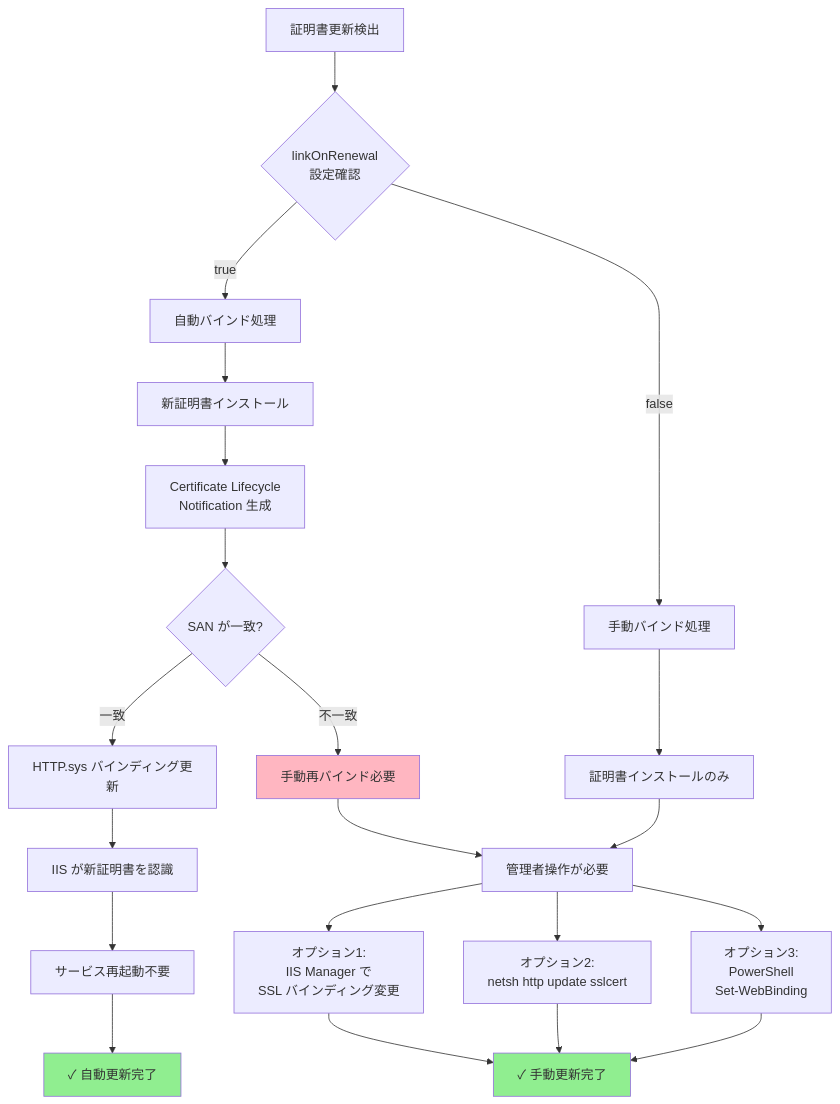
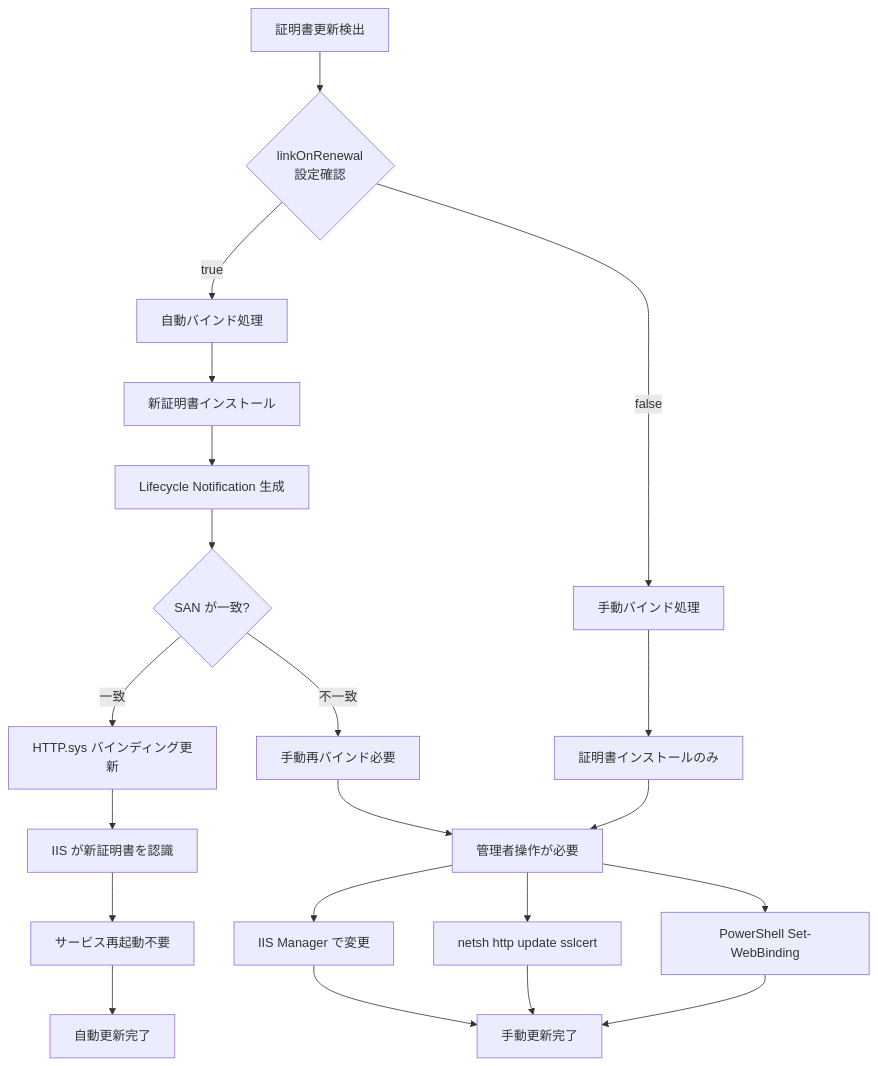
Before and after one commit to zukakosan/blog-tech: the seventh of 7 diagrams in docs/azure/akvvm-mermaid.md, drawn with Mermaid. The commit also changed other lines of this file and 2 other files, not shown here.

Commit message:
Rename mermaid agent for Zenn and update Mermaid diagrams to render correctly (use `<br/>`, quote labels)

````diff
--- a/docs/azure/akvvm-mermaid.md
+++ b/docs/azure/akvvm-mermaid.md
@@ -195,35 +185,31 @@
 ```mermaid
 flowchart TD
-    START[証明書更新検出] --> CHECK_LINK{linkOnRenewal\n設定確認}
+    START["証明書更新検出"] --> CHECK_LINK{"linkOnRenewal<br/>設定確認"}
     
-    CHECK_LINK -->|true| AUTO_PATH[自動バインド処理]
-    CHECK_LINK -->|false| MANUAL_PATH[手動バインド処理]
+    CHECK_LINK -->|"true"| AUTO_PATH["自動バインド処理"]
+    CHECK_LINK -->|"false"| MANUAL_PATH["手動バインド処理"]
     
-    AUTO_PATH --> INSTALL_CERT[新証明書インストール]
-    INSTALL_CERT --> GEN_NOTIFY[Certificate Lifecycle\nNotification 生成]
-    GEN_NOTIFY --> CHECK_SAN{SAN が一致?}
+    AUTO_PATH --> INSTALL_CERT["新証明書インストール"]
+    INSTALL_CERT --> GEN_NOTIFY["Lifecycle Notification 生成"]
+    GEN_NOTIFY --> CHECK_SAN{"SAN が一致?"}
     
-    CHECK_SAN -->|一致| HTTP_UPDATE[HTTP.sys バインディング更新]
-    CHECK_SAN -->|不一致| MANUAL_REBIND[手動再バインド必要]
+    CHECK_SAN -->|"一致"| HTTP_UPDATE["HTTP.sys バインディング更新"]
+    CHECK_SAN -->|"不一致"| MANUAL_REBIND["手動再バインド必要"]
     
-    HTTP_UPDATE --> IIS_AWARE[IIS が新証明書を認識]
-    IIS_AWARE --> NO_RESTART[サービス再起動不要]
-    NO_RESTART --> COMPLETE[✓ 自動更新完了]
+    HTTP_UPDATE --> IIS_AWARE["IIS が新証明書を認識"]
+    IIS_AWARE --> NO_RESTART["サービス再起動不要"]
+    NO_RESTART --> COMPLETE["自動更新完了"]
     
-    MANUAL_PATH --> INSTALL_ONLY[証明書インストールのみ]
-    INSTALL_ONLY --> ADMIN_ACTION[管理者操作が必要]
+    MANUAL_PATH --> INSTALL_ONLY["証明書インストールのみ"]
+    INSTALL_ONLY --> ADMIN_ACTION["管理者操作が必要"]
     
-    ADMIN_ACTION --> OPTION1[オプション1:\nIIS Manager で\nSSL バインディング変更]
-    ADMIN_ACTION --> OPTION2[オプション2:\nnetsh http update sslcert]
-    ADMIN_ACTION --> OPTION3[オプション3:\nPowerShell\nSet-WebBinding]
+    ADMIN_ACTION --> OPTION1["IIS Manager で変更"]
+    ADMIN_ACTION --> OPTION2["netsh http update sslcert"]
+    ADMIN_ACTION --> OPTION3["PowerShell Set-WebBinding"]
     
-    OPTION1 --> COMPLETE2[✓ 手動更新完了]
+    OPTION1 --> COMPLETE2["手動更新完了"]
     OPTION2 --> COMPLETE2
     OPTION3 --> COMPLETE2
     
     MANUAL_REBIND --> ADMIN_ACTION
-    
-    style COMPLETE fill:#90EE90
-    style COMPLETE2 fill:#90EE90
-    style MANUAL_REBIND fill:#FFB6C1
 ```
````
